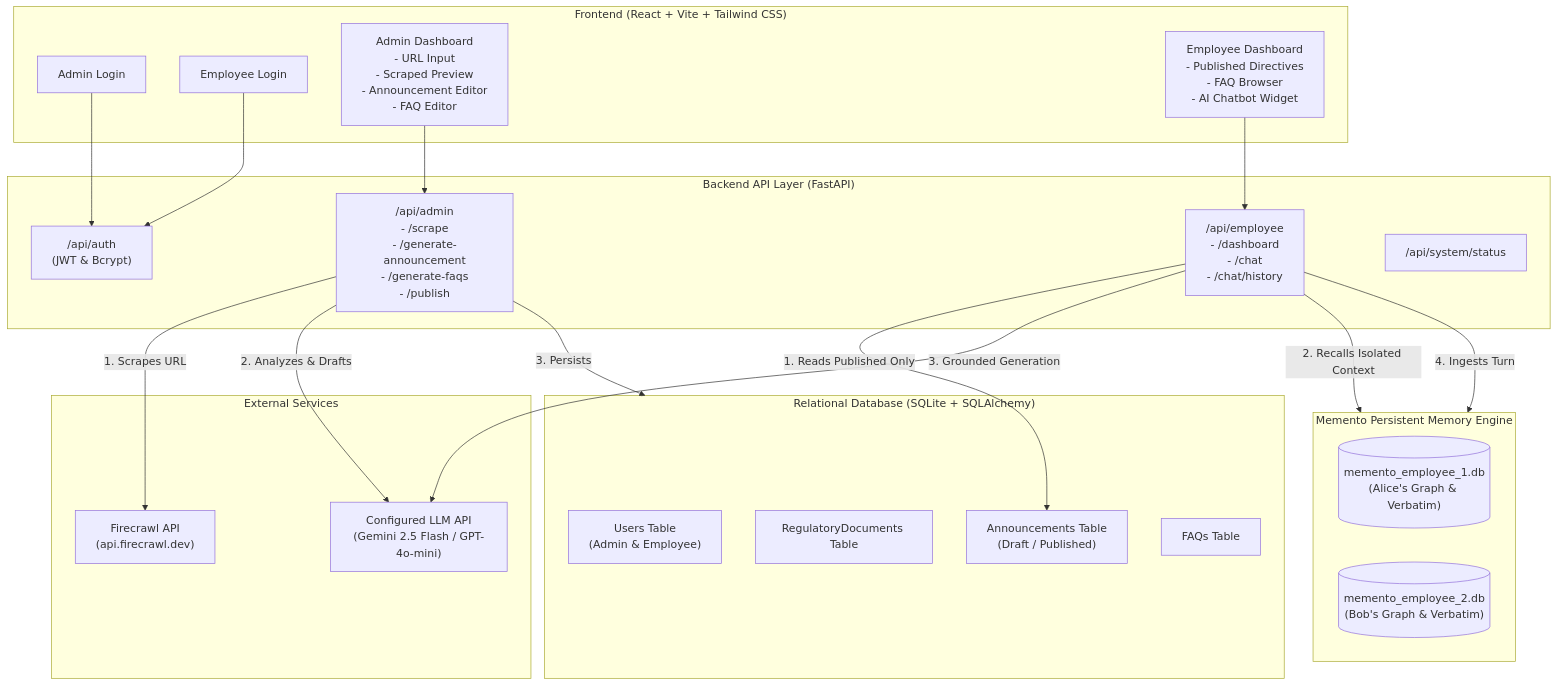
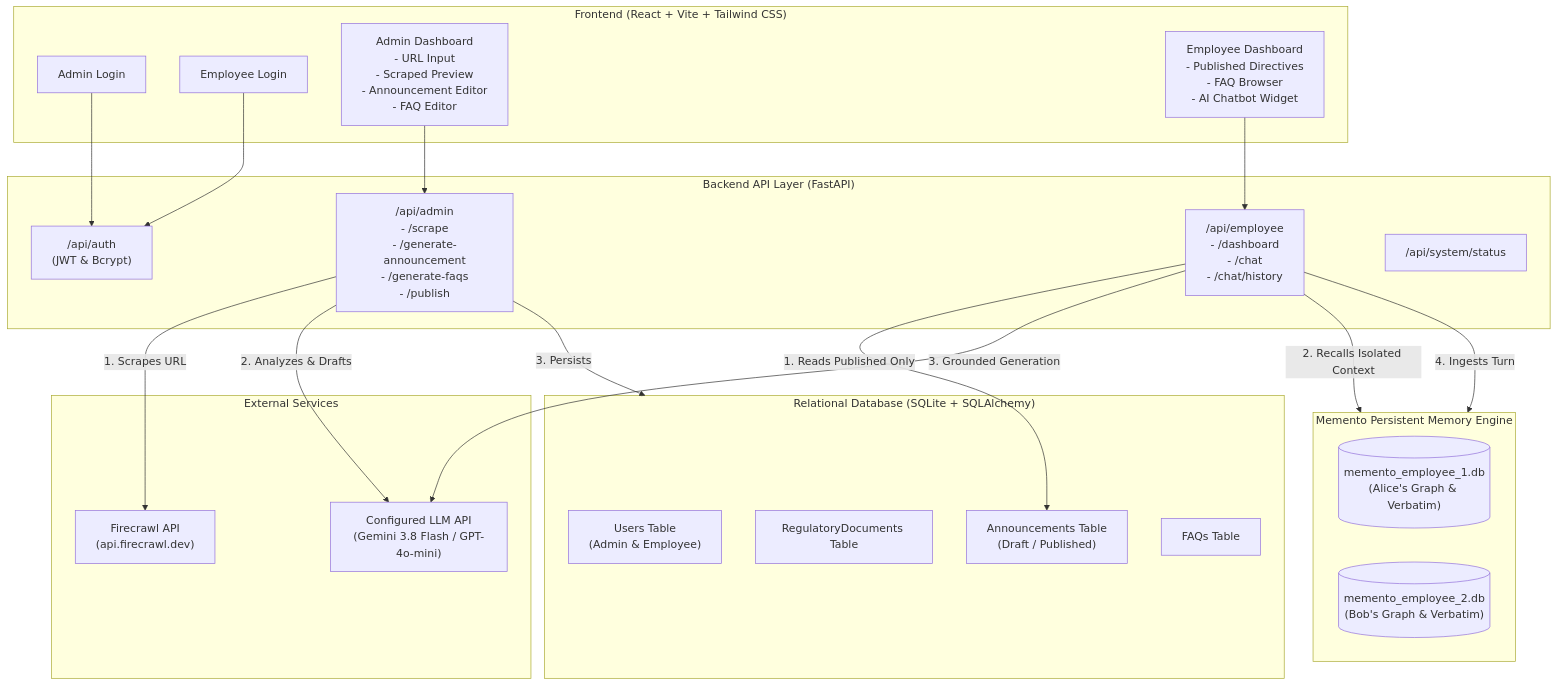
The first of 2 diagrams in README.md (satish2006sahu-svg/Compliance-Communication-System), drawn with Mermaid before and after one commit. The commit also changed 4 other files, not shown here.

Commit message:
docs: align Gemini model references with actual codebase (gemini-3.8-flash)

````diff
--- a/README.md
+++ b/README.md
@@ -126,47 +126,47 @@
 ```mermaid
 flowchart TD
     subgraph UI["Frontend (React + Vite + Tailwind CSS)"]
         AL["Admin Login"]
         EL["Employee Login"]
         AD["Admin Dashboard\n- URL Input\n- Scraped Preview\n- Announcement Editor\n- FAQ Editor"]
         ED["Employee Dashboard\n- Published Directives\n- FAQ Browser\n- AI Chatbot Widget"]
     end
 
     subgraph API["Backend API Layer (FastAPI)"]
         AUTH["/api/auth\n(JWT & Bcrypt)"]
         ADMIN_API["/api/admin\n- /scrape\n- /generate-announcement\n- /generate-faqs\n- /publish"]
         EMP_API["/api/employee\n- /dashboard\n- /chat\n- /chat/history"]
         SYS_API["/api/system/status"]
     end
 
     subgraph DB["Relational Database (SQLite + SQLAlchemy)"]
         USERS["Users Table\n(Admin & Employee)"]
         DOCS["RegulatoryDocuments Table"]
         ANNS["Announcements Table\n(Draft / Published)"]
         FAQS["FAQs Table"]
     end
 
     subgraph MEM["Memento Persistent Memory Engine"]
         MEM_ALICE[("memento_employee_1.db\n(Alice's Graph & Verbatim)")]
         MEM_BOB[("memento_employee_2.db\n(Bob's Graph & Verbatim)")]
     end
 
     subgraph EXT["External Services"]
         FC["Firecrawl API\n(api.firecrawl.dev)"]
-        LLM["Configured LLM API\n(Gemini 2.5 Flash / GPT-4o-mini)"]
+        LLM["Configured LLM API\n(Gemini 3.8 Flash / GPT-4o-mini)"]
     end
 
     AL --> AUTH
     EL --> AUTH
     AD --> ADMIN_API
     ED --> EMP_API
 
     ADMIN_API -->|1. Scrapes URL| FC
     ADMIN_API -->|2. Analyzes & Drafts| LLM
     ADMIN_API -->|3. Persists| DB
 
     EMP_API -->|1. Reads Published Only| ANNS
     EMP_API -->|2. Recalls Isolated Context| MEM
     EMP_API -->|3. Grounded Generation| LLM
     EMP_API -->|4. Ingests Turn| MEM
 ```
````
